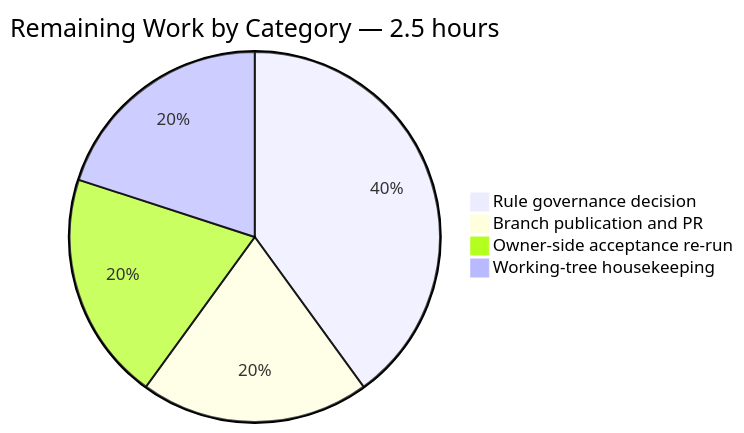
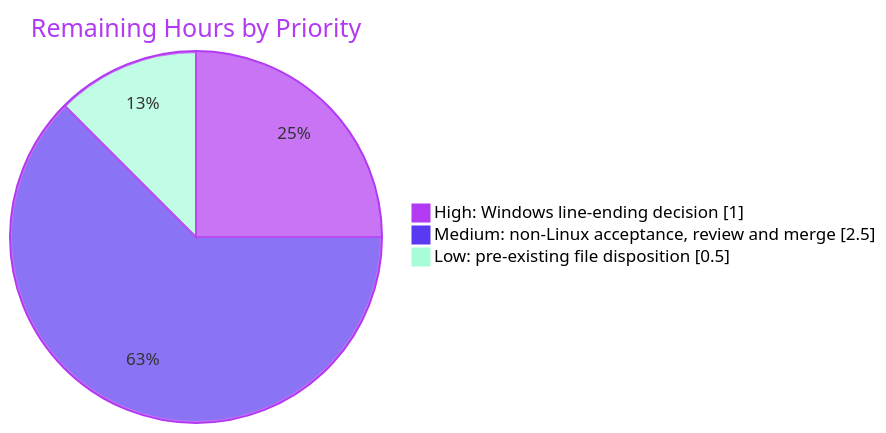
One commit to ajitblitzy/Ajit_GH_Repo-12-Mar-26 changed the third of 3 diagrams in blitzy/documentation/Project Guide.md. Above: the diagram before and after it, drawn with Mermaid. The commit also changed other lines of this file, not shown here.

Commit message:
Adding Blitzy Project Guide: Project Status and Human Tasks Remaining

````diff
--- a/blitzy/documentation/Project Guide.md
+++ b/blitzy/documentation/Project Guide.md
@@ -191,7 +176,7 @@
 ```mermaid
-pie title Remaining Work by Category — 2.5 hours
-    "Rule governance decision" : 1.0
-    "Branch publication and PR" : 0.5
-    "Owner-side acceptance re-run" : 0.5
-    "Working-tree housekeeping" : 0.5
+%%{init: {'theme':'base','themeVariables':{'pie1':'#B23AF2','pie2':'#5B39F3','pie3':'#A8FDD9','pieStrokeColor':'#B23AF2','pieOuterStrokeColor':'#B23AF2','pieTitleTextColor':'#B23AF2','pieLegendTextColor':'#000000'}}}%%
+pie showData title Remaining Hours by Priority
+    "High: Windows line-ending decision" : 1
+    "Medium: non-Linux acceptance, review and merge" : 2.5
+    "Low: pre-existing file disposition" : 0.5
 ```
````
